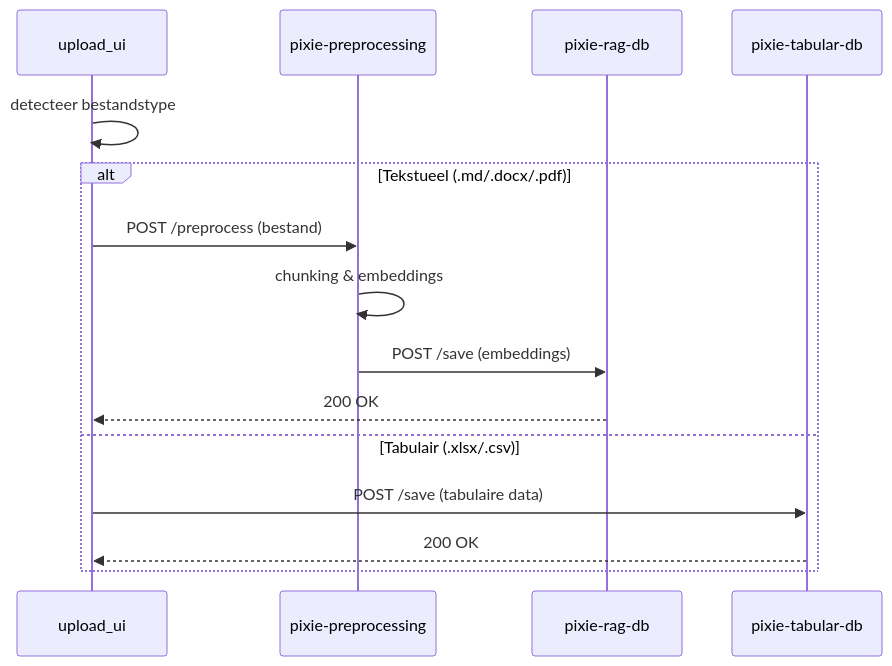
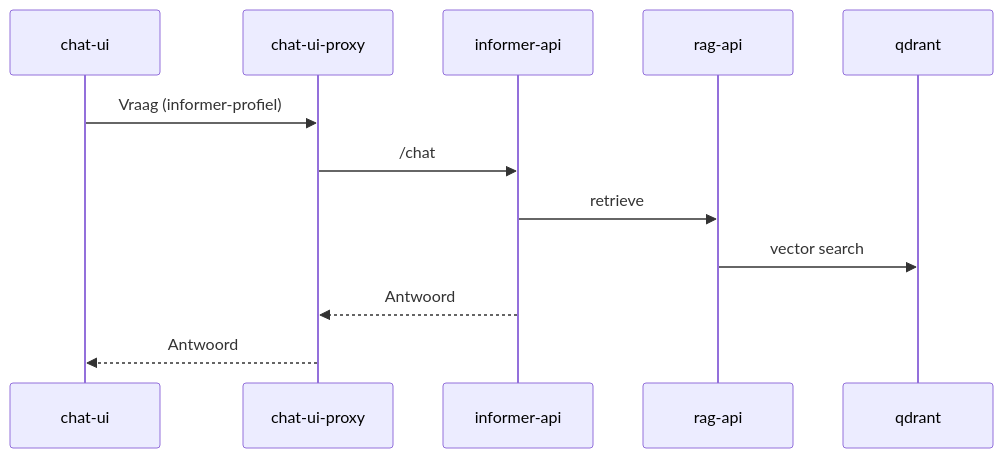
One commit to pxl-research/PiXie changed the first of 3 diagrams in README.md. Above: the diagram before and after it, drawn with Mermaid. The commit also changed other lines of this file, not shown here.

````diff
--- a/README.md
+++ b/README.md
@@ -37,18 +38,15 @@
 ```mermaid
 sequenceDiagram
-    participant U as upload_ui
-    participant P as pixie-preprocessing
-    participant R as pixie-rag-db
-    participant T as pixie-tabular-db
+    participant C as chat-ui
+    participant P as chat-ui-proxy
+    participant I as informer-api
+    participant RAG as rag-api
+    participant Q as qdrant
 
-    U->>U: detecteer bestandstype
-    alt Tekstueel (.md/.docx/.pdf)
-        U->>P: POST /preprocess (bestand)
-        P->>P: chunking & embeddings
-        P->>R: POST /save (embeddings)
-        R-->>U: 200 OK
-    else Tabulair (.xlsx/.csv)
-        U->>T: POST /save (tabulaire data)
-        T-->>U: 200 OK
-    end
+    C->>P: Vraag (informer-profiel)
+    P->>I: /chat
+    I->>RAG: retrieve
+    RAG->>Q: vector search
+    I-->>P: Antwoord
+    P-->>C: Antwoord
 ```
````
